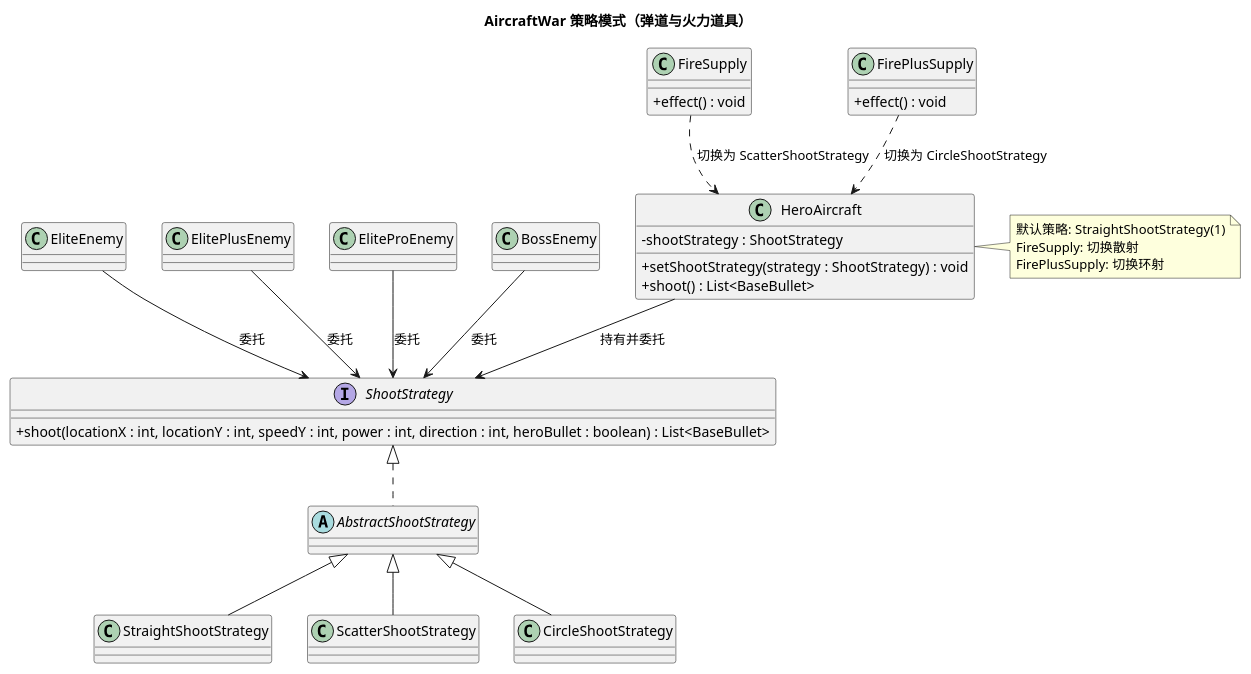
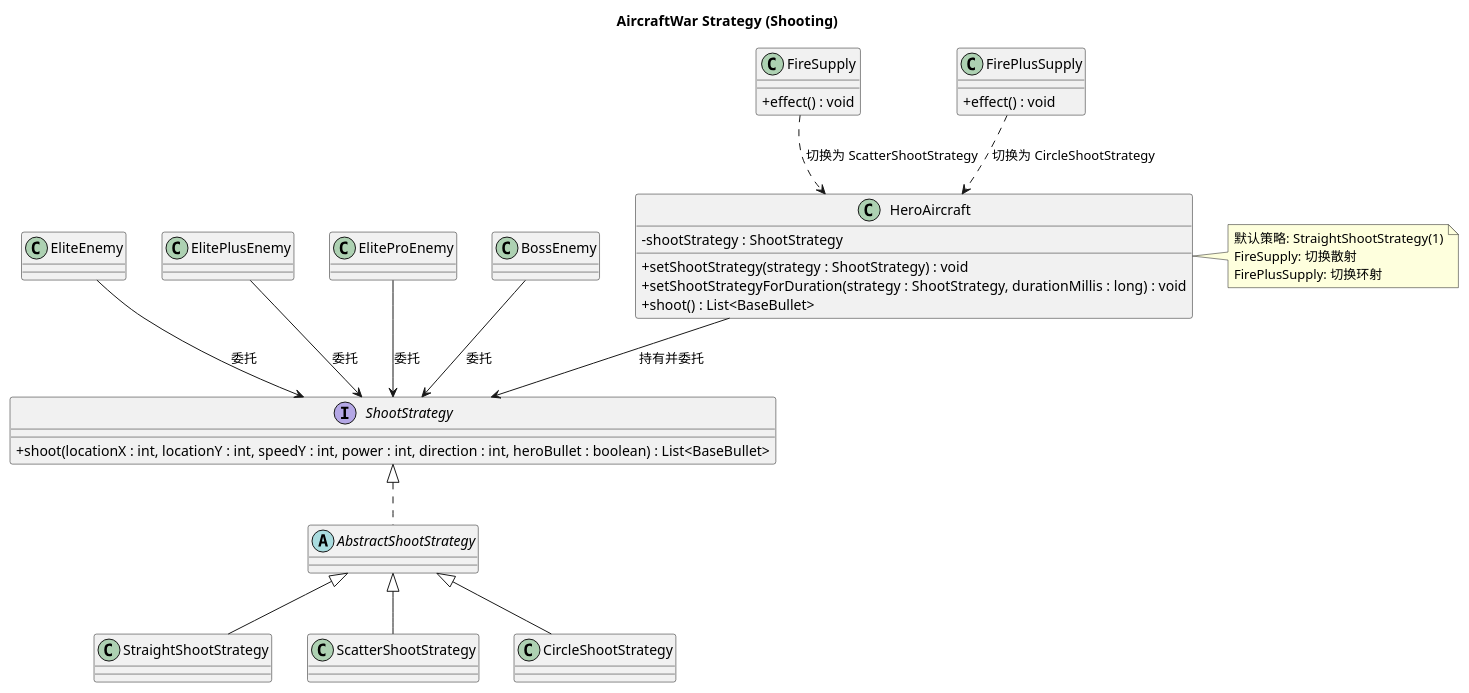
The diagram in Software-Construction/AircraftWar-base1.0/uml/Strategy-Shoot.puml (capoo-fan/class-experiment), drawn with PlantUML before and after one commit. The commit also changed 44 other files, not shown here.

```diff
--- a/Software-Construction/AircraftWar-base1.0/uml/Strategy-Shoot.puml
+++ b/Software-Construction/AircraftWar-base1.0/uml/Strategy-Shoot.puml
@@ -1,56 +1,57 @@
 @startuml
 
-title AircraftWar 策略模式（弹道与火力道具）
+title AircraftWar Strategy (Shooting)
 
 skinparam classAttributeIconSize 0
 skinparam packageStyle rectangle
 
 interface ShootStrategy {
   + shoot(locationX : int, locationY : int, speedY : int, power : int, direction : int, heroBullet : boolean) : List<BaseBullet>
 }
 
 abstract class AbstractShootStrategy
 class StraightShootStrategy
 class ScatterShootStrategy
 class CircleShootStrategy
 
 class HeroAircraft {
   - shootStrategy : ShootStrategy
   + setShootStrategy(strategy : ShootStrategy) : void
+  + setShootStrategyForDuration(strategy : ShootStrategy, durationMillis : long) : void
   + shoot() : List<BaseBullet>
 }
 
 class EliteEnemy
 class ElitePlusEnemy
 class EliteProEnemy
 class BossEnemy
 
 class FireSupply {
   + effect() : void
 }
 
 class FirePlusSupply {
   + effect() : void
 }
 
 ShootStrategy <|.. AbstractShootStrategy
 AbstractShootStrategy <|-- StraightShootStrategy
 AbstractShootStrategy <|-- ScatterShootStrategy
 AbstractShootStrategy <|-- CircleShootStrategy
 
 HeroAircraft --> ShootStrategy : 持有并委托
 EliteEnemy --> ShootStrategy : 委托
 ElitePlusEnemy --> ShootStrategy : 委托
 EliteProEnemy --> ShootStrategy : 委托
 BossEnemy --> ShootStrategy : 委托
 
 FireSupply ..> HeroAircraft : 切换为 ScatterShootStrategy
 FirePlusSupply ..> HeroAircraft : 切换为 CircleShootStrategy
 
 note right of HeroAircraft
   默认策略: StraightShootStrategy(1)
   FireSupply: 切换散射
   FirePlusSupply: 切换环射
 end note
 
 @enduml
```
